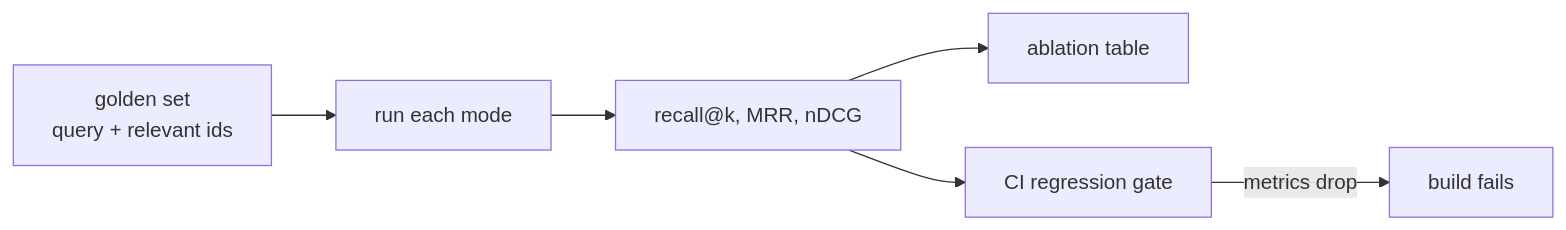
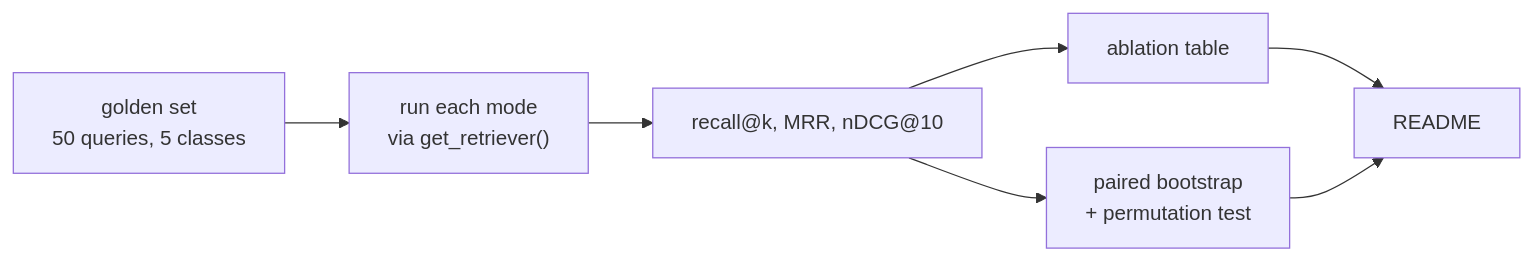
One commit to Breeganzo/scintilla changed the seventh of 10 diagrams in docs/ARCHITECTURE.md. Above: the diagram before and after it, drawn with Mermaid. The commit also changed other lines of this file and 1 other file, not shown here.

````diff
--- a/docs/ARCHITECTURE.md
+++ b/docs/ARCHITECTURE.md
@@ -395,8 +397,9 @@
 ```mermaid
 graph LR
-    G["golden set<br/>query + relevant ids"] --> R["run each mode"]
-    R --> M["recall@k, MRR, nDCG"]
+    G["golden set<br/>50 queries, 5 classes"] --> R["run each mode<br/>via get_retriever()"]
+    R --> M["recall@k, MRR, nDCG@10"]
     M --> A["ablation table"]
-    M --> GATE["CI regression gate"]
-    GATE -->|"metrics drop"| FAIL["build fails"]
+    M --> S["paired bootstrap<br/>+ permutation test"]
+    A --> RM["README"]
+    S --> RM
 ```
````
